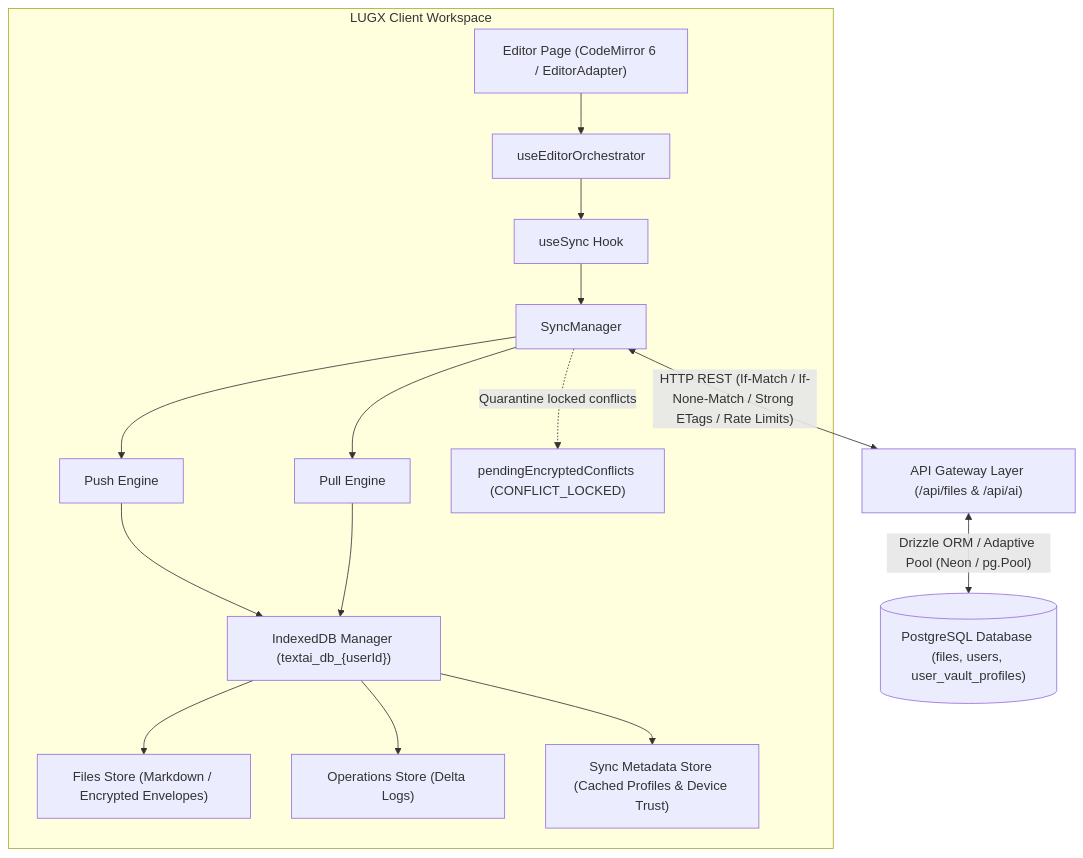
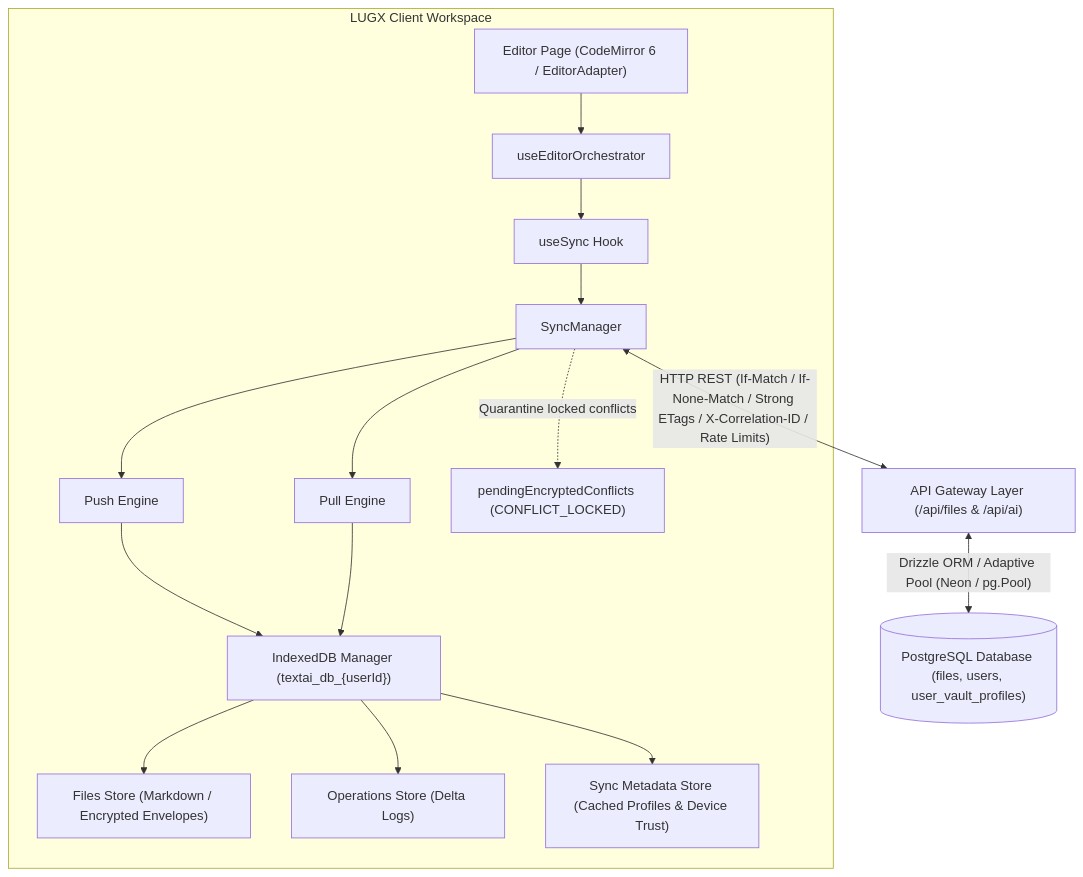
One commit to Abdullah931-stack/LUGX changed the first of 4 diagrams in docs/reference/SYNC_ARCHITECTURE.md. Above: the diagram before and after it, drawn with Mermaid. The commit also changed other lines of this file and 26 other files, not shown here.

First line of the commit message:
feat(monitoring): implement Phase 17 rate limiting, correlation tracing, quota sweeper, and doc sync

````diff
--- a/docs/reference/SYNC_ARCHITECTURE.md
+++ b/docs/reference/SYNC_ARCHITECTURE.md
@@ -7,18 +7,18 @@
 ```mermaid
 graph TD
     subgraph ClientLayer["LUGX Client Workspace"]
         Page["Editor Page (CodeMirror 6 / EditorAdapter)"] --> Orch["useEditorOrchestrator"]
         Orch --> Hook["useSync Hook"]
         Hook --> SyncMgr["SyncManager"]
         SyncMgr --> Push["Push Engine"]
         SyncMgr --> Pull["Pull Engine"]
         Push & Pull --> IDBMgr["IndexedDB Manager (textai_db_{userId})"]
         IDBMgr --> IDBFiles["Files Store (Markdown / Encrypted Envelopes)"]
         IDBMgr --> IDBOps["Operations Store (Delta Logs)"]
         IDBMgr --> IDBMeta["Sync Metadata Store (Cached Profiles & Device Trust)"]
         SyncMgr -.->|"Quarantine locked conflicts"| Quarantine["pendingEncryptedConflicts (CONFLICT_LOCKED)"]
     end
 
-    SyncMgr <-->|"HTTP REST (If-Match / If-None-Match / Strong ETags / Rate Limits)"| APILayer["API Gateway Layer (/api/files & /api/ai)"]
+    SyncMgr <-->|"HTTP REST (If-Match / If-None-Match / Strong ETags / X-Correlation-ID / Rate Limits)"| APILayer["API Gateway Layer (/api/files & /api/ai)"]
     APILayer <-->|"Drizzle ORM / Adaptive Pool (Neon / pg.Pool)"| DBLayer[("PostgreSQL Database (files, users, user_vault_profiles)")]
 ```
````
